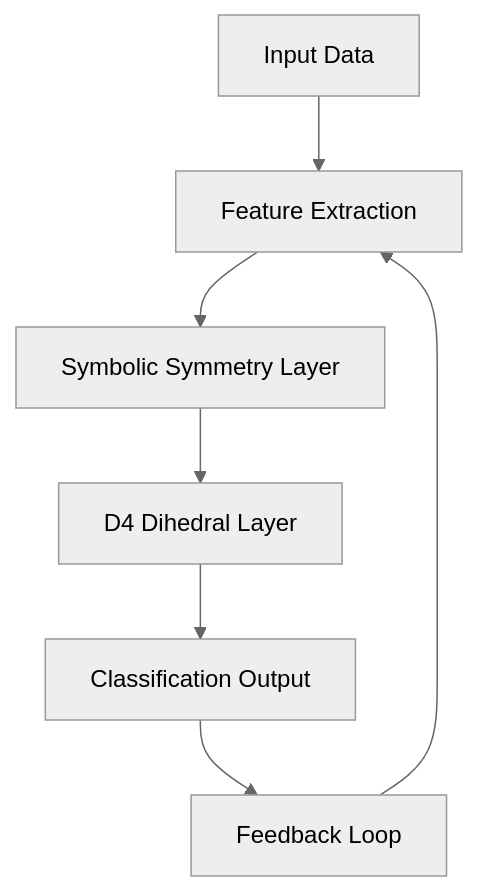
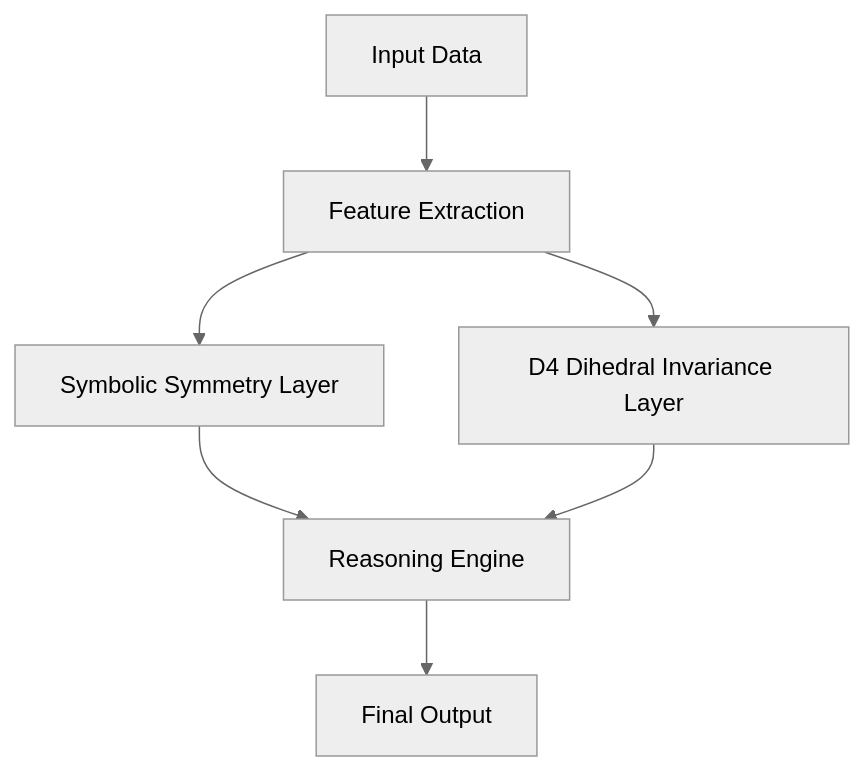
The diagram in medium-drafts/2026-09-13-cracking-the-1-1m-arc-agi-challenge-how-symbolic-symmetry-d4.md (BerattCelikk/daily-engineering-log), drawn with Mermaid (neutral theme) before and after one commit. The commit also changed other lines of this file, not shown here.

Commit message:
Add Medium draft: Cracking the $1.1M ARC-AGI Challenge: How Symbolic Symmetry & D4 Dihedral Invariance Scored 31.39 [2026-09-13]

````diff
--- a/medium-drafts/2026-09-13-cracking-the-1-1m-arc-agi-challenge-how-symbolic-symmetry-d4.md
+++ b/medium-drafts/2026-09-13-cracking-the-1-1m-arc-agi-challenge-how-symbolic-symmetry-d4.md
@@ -64,9 +73,9 @@
 ```mermaid  
 flowchart TD  
     A[Input Data] --> B[Feature Extraction]  
     B --> C[Symbolic Symmetry Layer]  
-    C --> D[D4 Dihedral Layer]  
-    D --> E[Classification Output]  
-    E --> F[Feedback Loop]  
-    F --> B  
+    B --> D[D4 Dihedral Invariance Layer]  
+    C --> E[Reasoning Engine]  
+    D --> E  
+    E --> F[Final Output]  
 ```  
````
